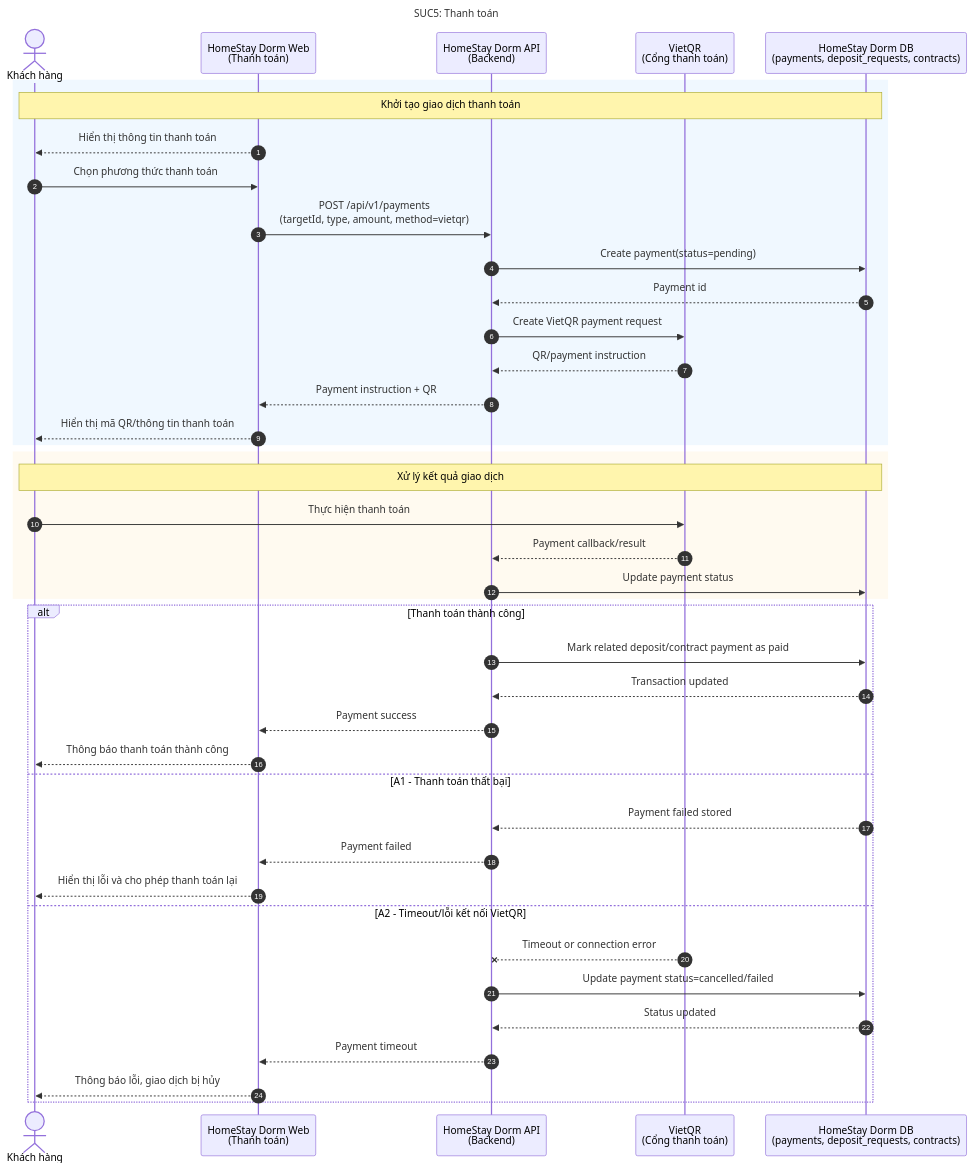
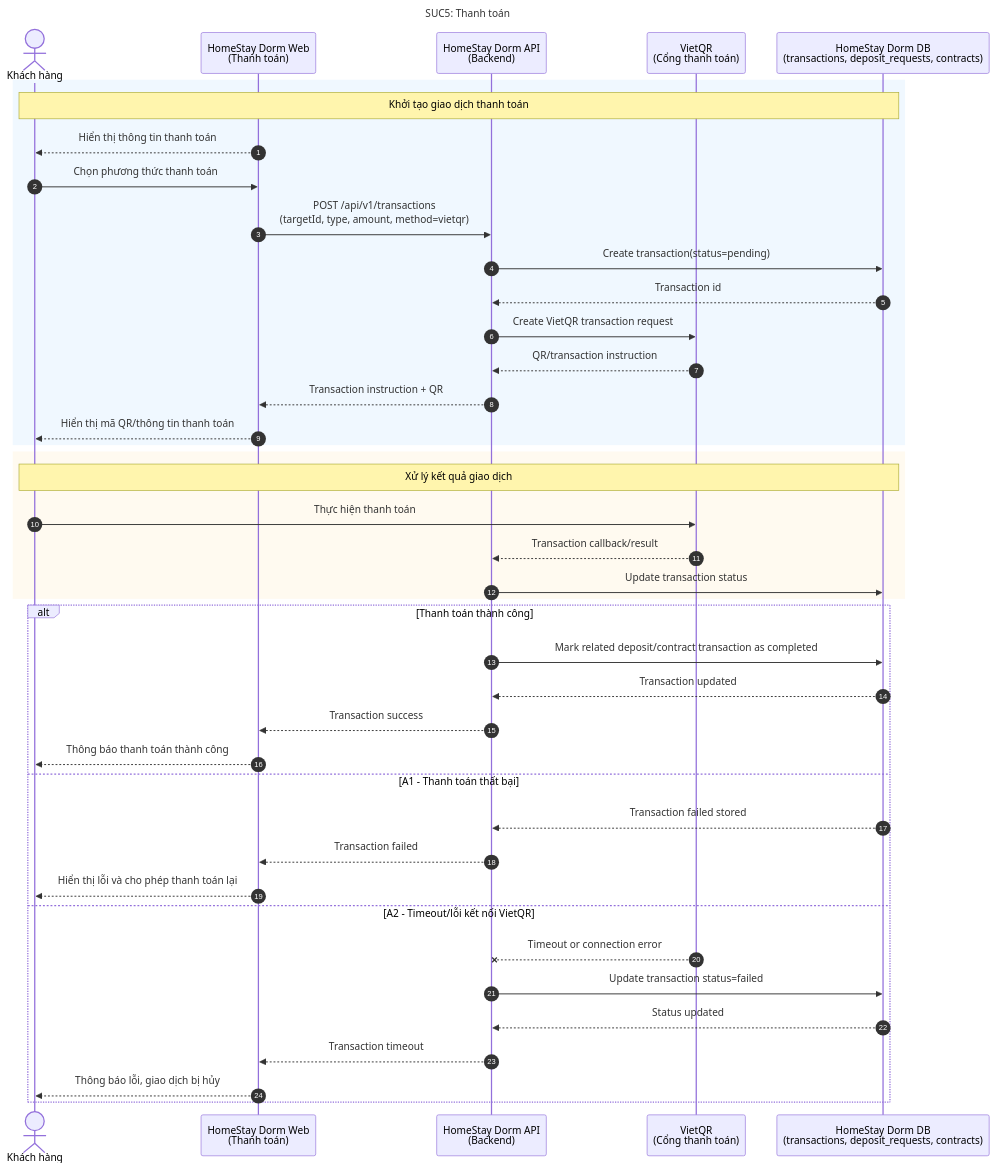
One commit to dinhdaivu/CSC12004_Information-Systems-Analysis-and-Design changed the diagram in docs/SUC/SUC05-thanh-toan.mmd. Above: the diagram before and after it, drawn with Mermaid. The commit also changed 11 other files, not shown here.

```diff
--- a/docs/SUC/SUC05-thanh-toan.mmd
+++ b/docs/SUC/SUC05-thanh-toan.mmd
@@ -1,45 +1,45 @@
 sequenceDiagram
     title SUC5: Thanh toán
     autonumber
     actor C as Khách hàng
     participant Web as HomeStay Dorm Web<br/>(Thanh toán)
     participant API as HomeStay Dorm API<br/>(Backend)
     participant VietQR as VietQR<br/>(Cổng thanh toán)
-    participant DB as HomeStay Dorm DB<br/>(payments, deposit_requests, contracts)
+    participant DB as HomeStay Dorm DB<br/>(transactions, deposit_requests, contracts)
 
     rect rgb(240, 248, 255)
         Note over C, DB: Khởi tạo giao dịch thanh toán
         Web-->>C: Hiển thị thông tin thanh toán
         C->>Web: Chọn phương thức thanh toán
-        Web->>API: POST /api/v1/payments<br/>(targetId, type, amount, method=vietqr)
-        API->>DB: Create payment(status=pending)
-        DB-->>API: Payment id
-        API->>VietQR: Create VietQR payment request
-        VietQR-->>API: QR/payment instruction
-        API-->>Web: Payment instruction + QR
+        Web->>API: POST /api/v1/transactions<br/>(targetId, type, amount, method=vietqr)
+        API->>DB: Create transaction(status=pending)
+        DB-->>API: Transaction id
+        API->>VietQR: Create VietQR transaction request
+        VietQR-->>API: QR/transaction instruction
+        API-->>Web: Transaction instruction + QR
         Web-->>C: Hiển thị mã QR/thông tin thanh toán
     end
 
     rect rgb(255, 250, 240)
         Note over C, DB: Xử lý kết quả giao dịch
         C->>VietQR: Thực hiện thanh toán
-        VietQR-->>API: Payment callback/result
-        API->>DB: Update payment status
+        VietQR-->>API: Transaction callback/result
+        API->>DB: Update transaction status
     end
 
     alt Thanh toán thành công
-        API->>DB: Mark related deposit/contract payment as paid
+        API->>DB: Mark related deposit/contract transaction as completed
         DB-->>API: Transaction updated
-        API-->>Web: Payment success
+        API-->>Web: Transaction success
         Web-->>C: Thông báo thanh toán thành công
     else A1 - Thanh toán thất bại
-        DB-->>API: Payment failed stored
-        API-->>Web: Payment failed
+        DB-->>API: Transaction failed stored
+        API-->>Web: Transaction failed
         Web-->>C: Hiển thị lỗi và cho phép thanh toán lại
     else A2 - Timeout/lỗi kết nối VietQR
         VietQR--xAPI: Timeout or connection error
-        API->>DB: Update payment status=cancelled/failed
+        API->>DB: Update transaction status=failed
         DB-->>API: Status updated
-        API-->>Web: Payment timeout
+        API-->>Web: Transaction timeout
         Web-->>C: Thông báo lỗi, giao dịch bị hủy
     end
```
